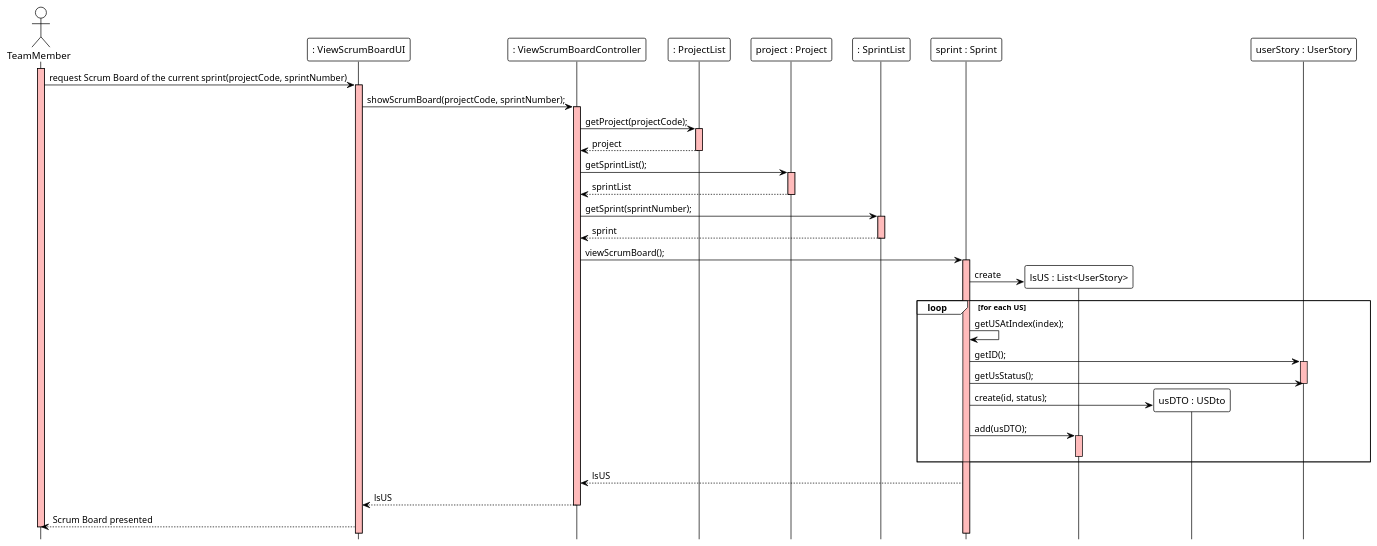
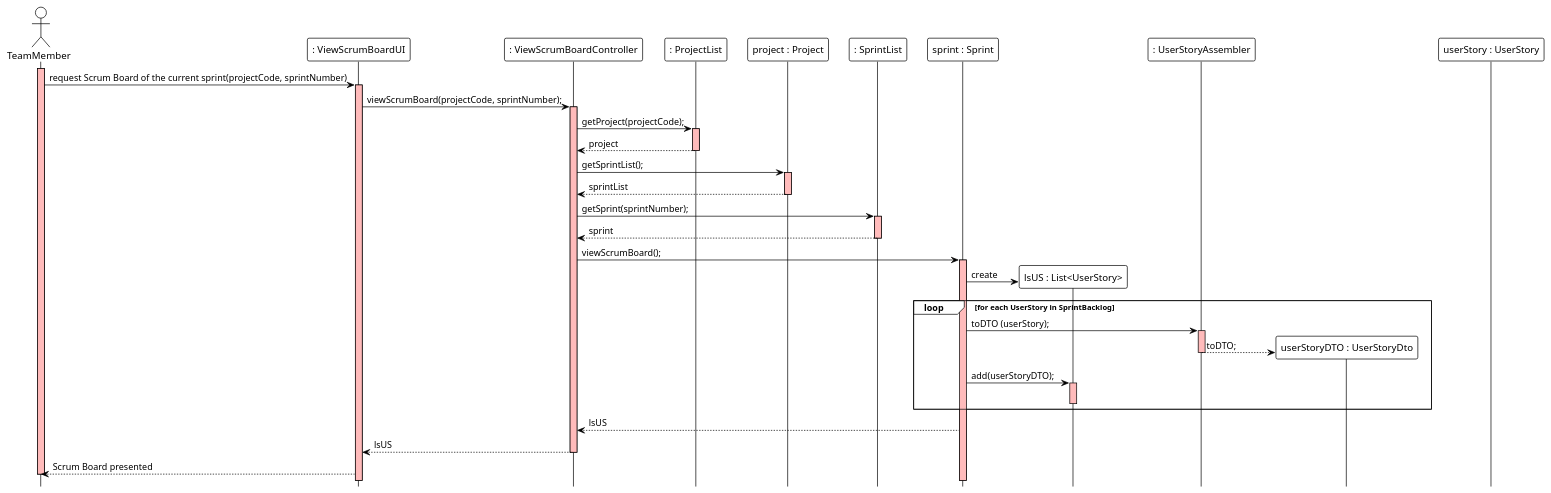
Before and after one commit to ivo-menezes/project_g3: the diagram in docs/modelling_design/user_stories/us022/US022_ViewScrumBoardSD.puml, drawn with PlantUML.

Commit message:
US022: Design: Updated SD.

```diff
--- a/docs/modelling_design/user_stories/us022/US022_ViewScrumBoardSD.puml
+++ b/docs/modelling_design/user_stories/us022/US022_ViewScrumBoardSD.puml
@@ -1,64 +1,62 @@
 @startuml
 !theme plain
 hide footbox
 
 actor TeamMember as User
 participant ": ViewScrumBoardUI" as UI
 participant ": ViewScrumBoardController" as Controller
 participant ": ProjectList" as List
 participant "project : Project" as Project
 participant ": SprintList" as SprintList
 participant "sprint : Sprint" as Sprint
 participant "lsUS : List<UserStory>" as DTOList
-participant "usDTO : USDto" as Dto
+participant ": UserStoryAssembler" as Assembler
+participant "userStoryDTO : UserStoryDto" as Dto
 participant "userStory : UserStory" as US
 
 activate User #FFBBBB
 User -> UI: request Scrum Board of the current sprint(projectCode, sprintNumber)
 
 activate UI #FFBBBB
-UI -> Controller: showScrumBoard(projectCode, sprintNumber);
+UI -> Controller: viewScrumBoard(projectCode, sprintNumber);
 activate Controller #FFBBBB
 
 Controller -> List: getProject(projectCode);
 activate List #FFBBBB
 List --> Controller: project
 deactivate List
 
 Controller -> Project: getSprintList();
 activate Project #FFBBBB
 Project --> Controller: sprintList
 deactivate Project
 
 Controller -> SprintList: getSprint(sprintNumber);
 activate SprintList #FFBBBB
 SprintList --> Controller: sprint
 deactivate SprintList
 
 Controller -> Sprint: viewScrumBoard();
 activate Sprint #FFBBBB
 
 Sprint -> DTOList **: create
 
-loop for each US
-Sprint -> Sprint: getUSAtIndex(index);
+loop for each UserStory in SprintBacklog
 
-Sprint -> US: getID();
-activate US #FFBBBB
 
-Sprint -> US: getUsStatus();
-deactivate US
-
-Sprint -> Dto **: create(id, status);
-Sprint -> DTOList: add(usDTO);
+Sprint -> Assembler: toDTO (userStory);
+activate Assembler #FFBBBB
+Assembler --> Dto **: toDTO;
+deactivate Assembler
+Sprint -> DTOList: add(userStoryDTO);
 activate DTOList #FFBBBB
 deactivate DTOList
 end
 
 Sprint --> Controller: lsUS
 Controller --> UI: lsUS
 deactivate Controller
 
 UI --> User: Scrum Board presented
 deactivate User
 @enduml
```
